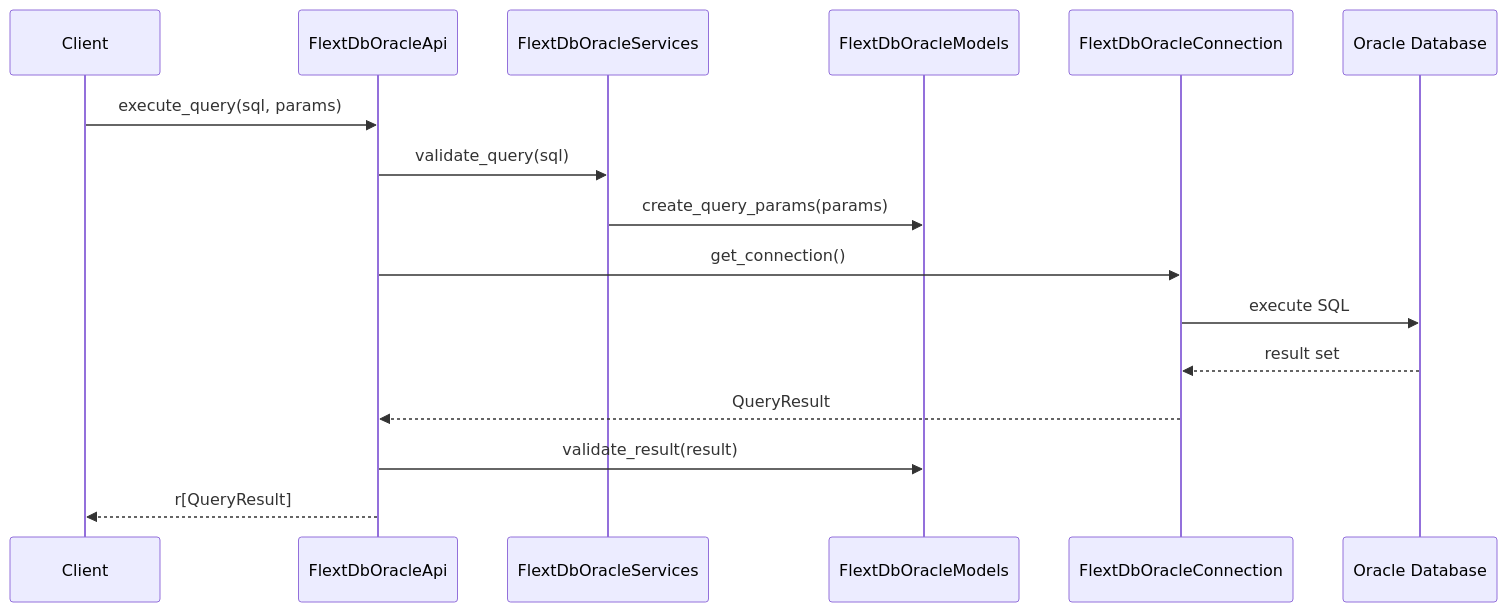
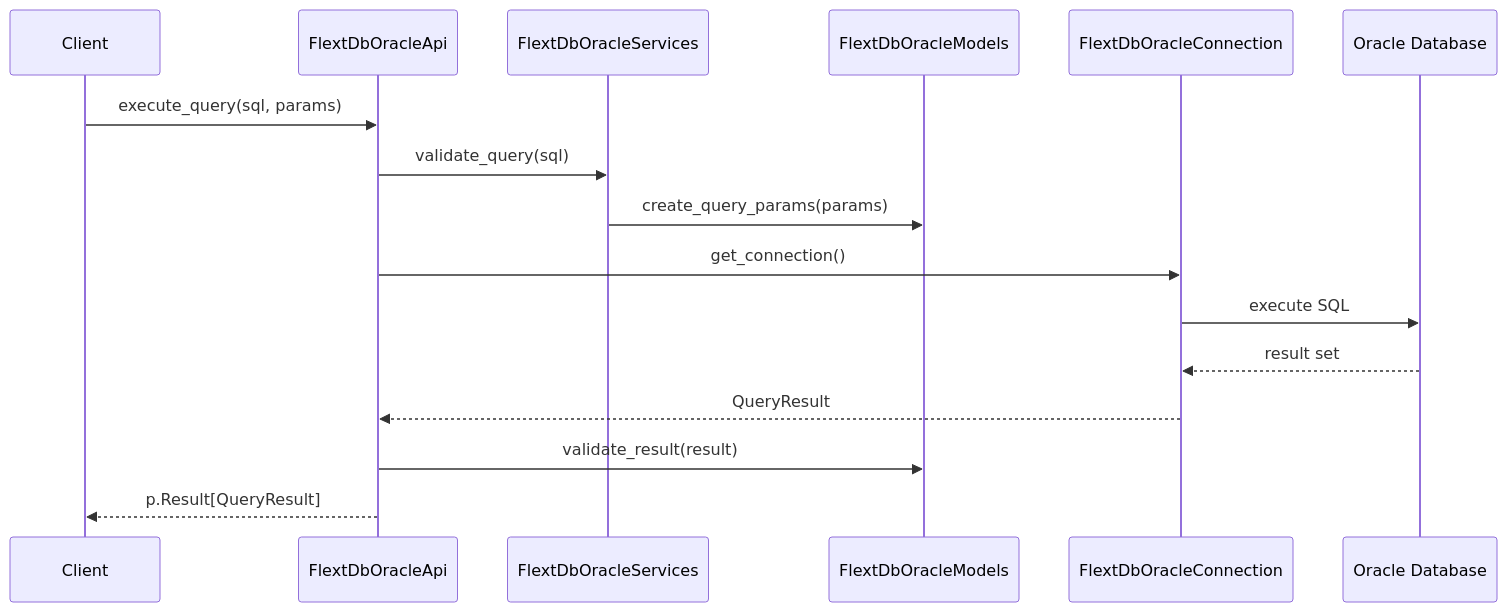
One commit to flext-sh/flext-db-oracle changed the second of 4 diagrams in docs/architecture/c4-components.md. Above: the diagram before and after it, drawn with Mermaid. The commit also changed 22 other files, not shown here.

````diff
--- a/docs/architecture/c4-components.md
+++ b/docs/architecture/c4-components.md
@@ -334,19 +334,19 @@
 ```mermaid
 sequenceDiagram
     participant Client
     participant API as FlextDbOracleApi
     participant Services as FlextDbOracleServices
     participant Models as FlextDbOracleModels
     participant Connection as FlextDbOracleConnection
     participant Oracle as Oracle Database
 
     Client->>API: execute_query(sql, params)
     API->>Services: validate_query(sql)
     Services->>Models: create_query_params(params)
     API->>Connection: get_connection()
     Connection->>Oracle: execute SQL
     Oracle-->>Connection: result set
     Connection-->>API: QueryResult
     API->>Models: validate_result(result)
-    API-->>Client: r[QueryResult]
+    API-->>Client: p.Result[QueryResult]
 ```
````
